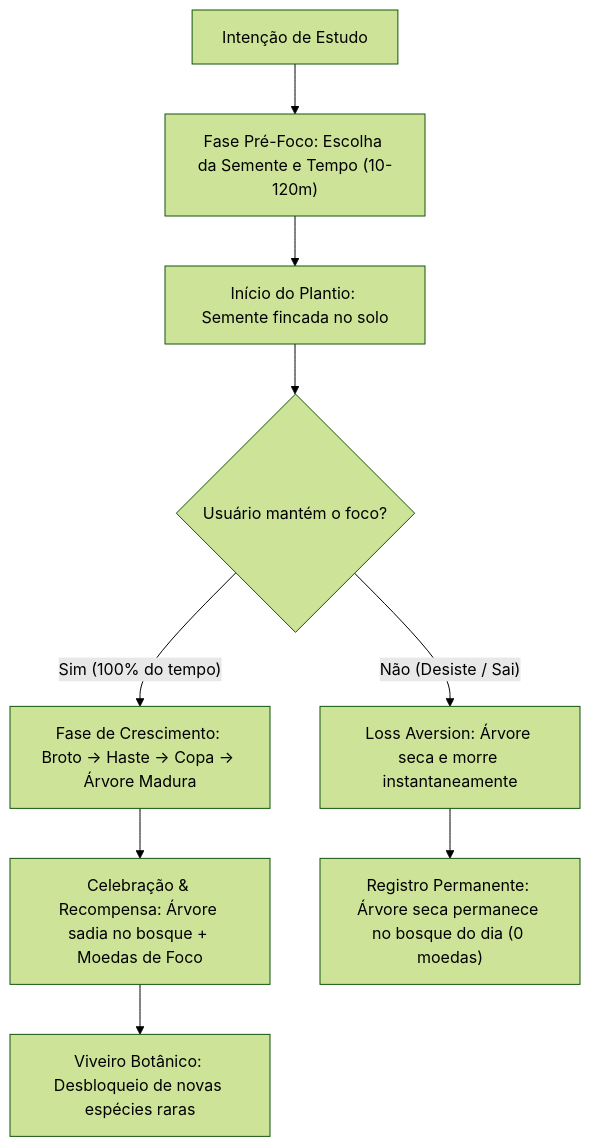
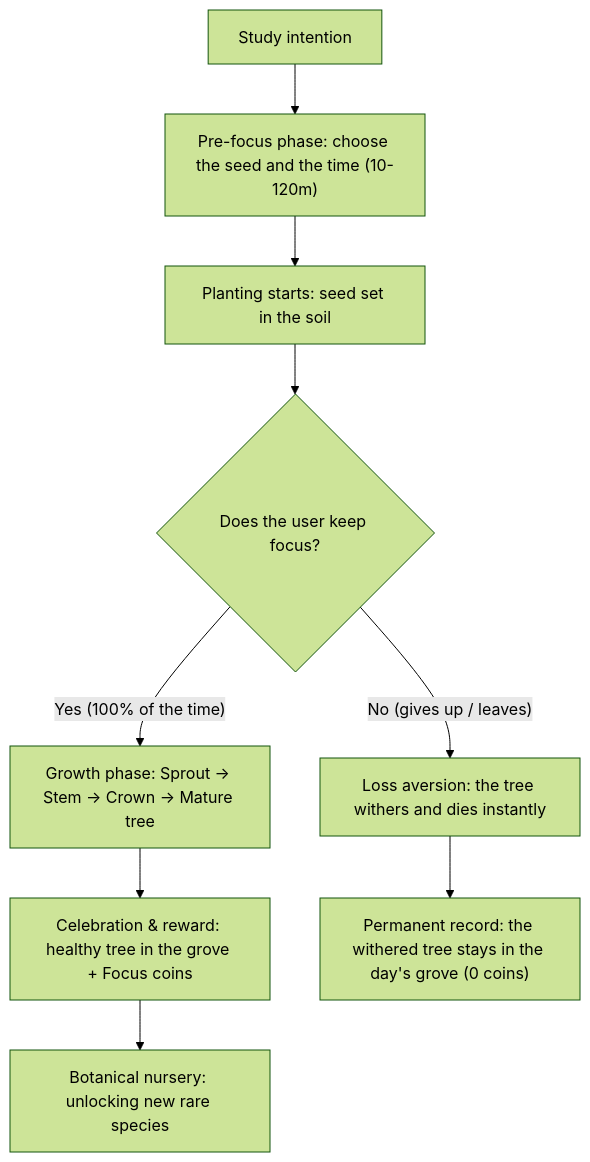
One commit to AndersonTavares0/LearnVault changed the first of 2 diagrams in docs/design/gamification-forest-research.md. Above: the diagram before and after it, drawn with Mermaid (forest theme). The commit also changed other lines of this file and 5 other files, not shown here.

````diff
--- a/docs/design/gamification-forest-research.md
+++ b/docs/design/gamification-forest-research.md
@@ -24,11 +24,11 @@
 ```mermaid
 flowchart TD
-    A["Intenção de Estudo"] --> B["Fase Pré-Foco: Escolha da Semente e Tempo (10-120m)"]
-    B --> C["Início do Plantio: Semente fincada no solo"]
-    C --> D{"Usuário mantém o foco?"}
-    D -- "Sim (100% do tempo)" --> E["Fase de Crescimento: Broto -> Haste -> Copa -> Árvore Madura"]
-    E --> F["Celebração & Recompensa: Árvore sadia no bosque + Moedas de Foco"]
-    F --> G["Viveiro Botânico: Desbloqueio de novas espécies raras"]
-    D -- "Não (Desiste / Sai)" --> H["Loss Aversion: Árvore seca e morre instantaneamente"]
-    H --> I["Registro Permanente: Árvore seca permanece no bosque do dia (0 moedas)"]
+    A["Study intention"] --> B["Pre-focus phase: choose the seed and the time (10-120m)"]
+    B --> C["Planting starts: seed set in the soil"]
+    C --> D{"Does the user keep focus?"}
+    D -- "Yes (100% of the time)" --> E["Growth phase: Sprout -> Stem -> Crown -> Mature tree"]
+    E --> F["Celebration & reward: healthy tree in the grove + Focus coins"]
+    F --> G["Botanical nursery: unlocking new rare species"]
+    D -- "No (gives up / leaves)" --> H["Loss aversion: the tree withers and dies instantly"]
+    H --> I["Permanent record: the withered tree stays in the day's grove (0 coins)"]
 ```
````
